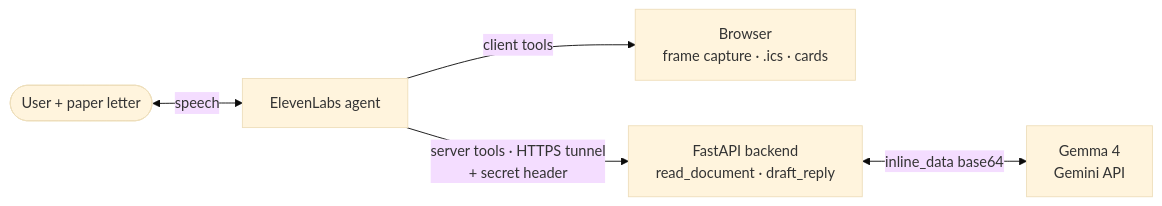
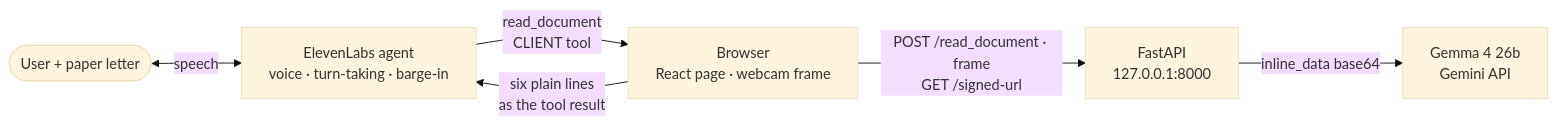
Before and after one commit to llygrace034/vision-impairment-assistance: the diagram in README.md, drawn with Mermaid (base theme). The commit also changed other lines of this file and 23 other files, not shown here.

First line of the commit message:
Make the one-tool LetterLens MVP run end to end

````diff
--- a/README.md
+++ b/README.md
@@ -30,7 +30,8 @@
 ```mermaid
 flowchart LR
-    U([User + paper letter]) <-->|speech| EL[ElevenLabs agent]
-    EL -->|client tools| BR[Browser<br/>frame capture · .ics · cards]
-    EL -->|server tools · HTTPS tunnel<br/>+ secret header| BE[FastAPI backend<br/>read_document · draft_reply]
-    BE <-->|inline_data base64| GM[Gemma 4<br/>Gemini API]
+    U([User + paper letter]) <-->|speech| EL[ElevenLabs agent<br/>voice · turn-taking · barge-in]
+    EL -->|read_document<br/>CLIENT tool| BR[Browser<br/>React page · webcam frame]
+    BR -->|six plain lines<br/>as the tool result| EL
+    BR -->|POST /read_document · frame<br/>GET /signed-url| BE[FastAPI<br/>127.0.0.1:8000]
+    BE -->|inline_data base64| GM[Gemma 4 26b<br/>Gemini API]
 ```
````
